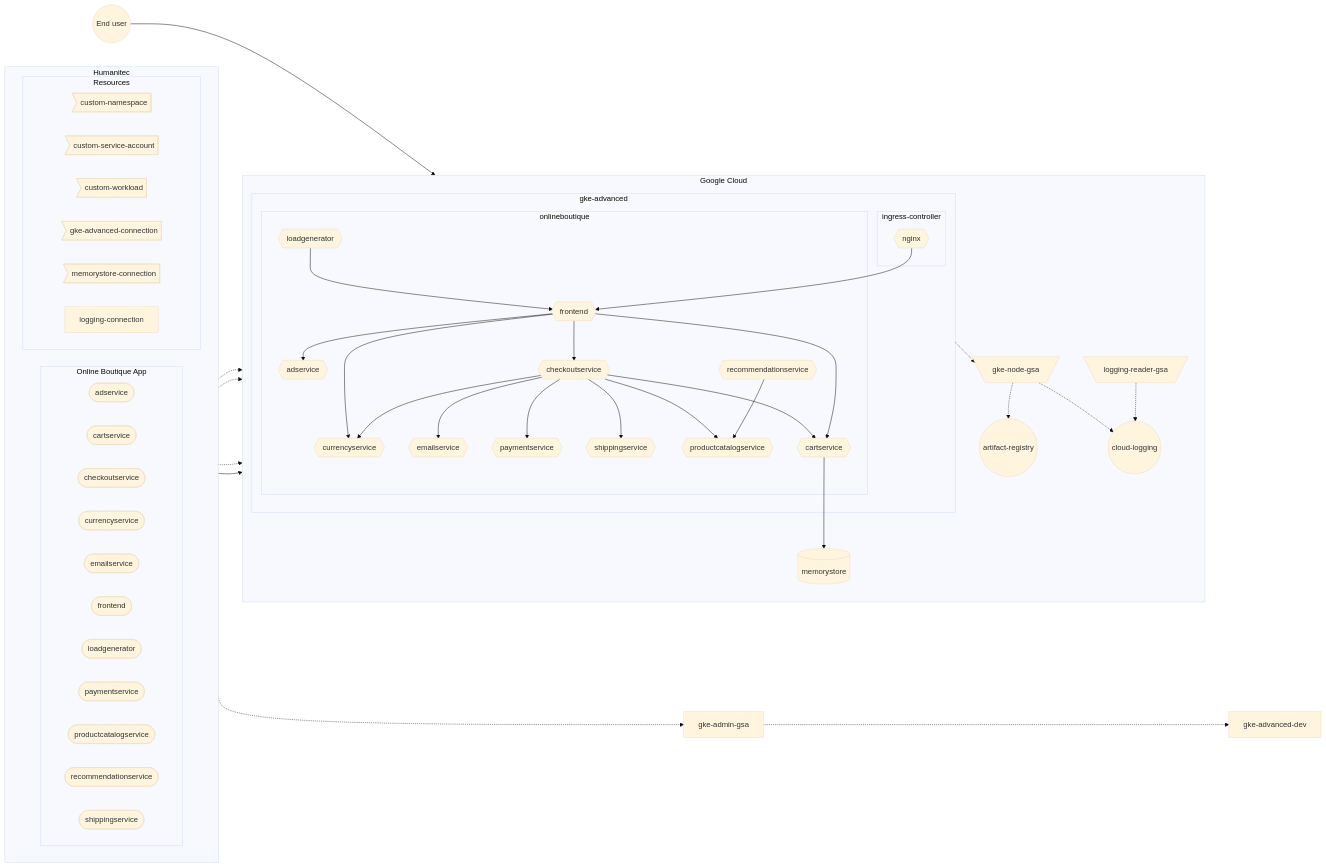
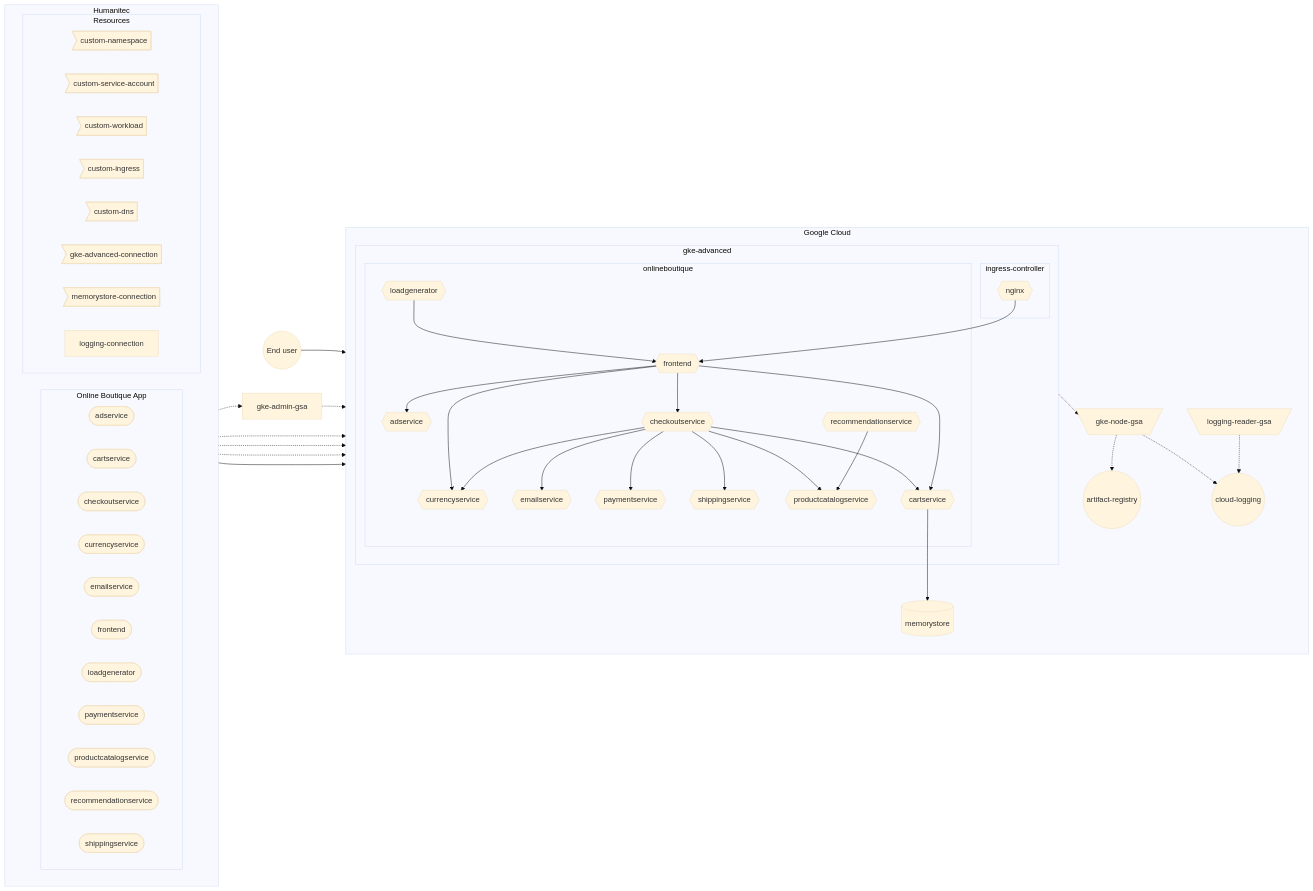
Before and after one commit to mathieu-benoit/hello-humanitec: the diagram in docs/gke-advanced.md, drawn with Mermaid (base theme).

Commit message:
update gke-advanced graph

````diff
--- a/docs/gke-advanced.md
+++ b/docs/gke-advanced.md
@@ -15,65 +15,67 @@
 ```mermaid
 flowchart LR
   subgraph Humanitec
     direction LR
     subgraph onlineboutique-app [Online Boutique App]
       direction LR
       adservice-workload([adservice])
       cartservice-workload([cartservice])
       checkoutservice-workload([checkoutservice])
       currencyservice-workload([currencyservice])
       emailservice-workload([emailservice])
       frontend-workload([frontend])
       loadgenerator-workload([loadgenerator])
       paymentservice-workload([paymentservice])
       productcatalogservice-workload([productcatalogservice])
       recommendationservice-workload([recommendationservice])
       shippingservice-workload([shippingservice])
     end
     subgraph Resources
         custom-namespace>custom-namespace]
         custom-service-account>custom-service-account]
         custom-workload>custom-workload]
+        custom-ingress>custom-ingress]
+        custom-dns>custom-dns]
         gke-advanced-connection>gke-advanced-connection]
         memorystore-connection>memorystore-connection]
         logging-connection
     end
   end
   subgraph Google Cloud
     direction TB
     subgraph gke-advanced
         subgraph ingress-controller
             nginx{{nginx}}
         end
         subgraph onlineboutique
             frontend{{frontend}}-->adservice{{adservice}}
             frontend-->checkoutservice{{checkoutservice}}
             frontend-->currencyservice{{currencyservice}}
             checkoutservice-->emailservice{{emailservice}}
             checkoutservice-->paymentservice{{paymentservice}}
             checkoutservice-->currencyservice
             checkoutservice-->shippingservice{{shippingservice}}
             checkoutservice-->productcatalogservice{{productcatalogservice}}
             checkoutservice-->cartservice{{cartservice}}
             frontend-->cartservice
             loadgenerator{{loadgenerator}}-->frontend
             recommendationservice{{recommendationservice}}-->productcatalogservice
         end
         nginx-->frontend
     end
     gke-advanced-connection-.->gke-advanced
     memorystore-connection-.->memorystore[(memorystore)]
     onlineboutique-app-->onlineboutique
     cartservice-->memorystore
     logging-reader-gsa[\logging-reader-gsa/]
     cloud-logging((cloud-logging))
     gke-advanced-.->gke-node-gsa[\gke-node-gsa/]
     gke-node-gsa-.->artifact-registry((artifact-registry))
     gke-node-gsa-.->cloud-logging
   end
   enduser((End user))-->nginx
   logging-connection-.->logging-reader-gsa
   logging-reader-gsa-.->cloud-logging
   gke-advanced-connection-.->gke-admin-gsa
-  gke-admin-gsa-.->gke-advanced-dev
+  gke-admin-gsa-.->gke-advanced
 ```
````
